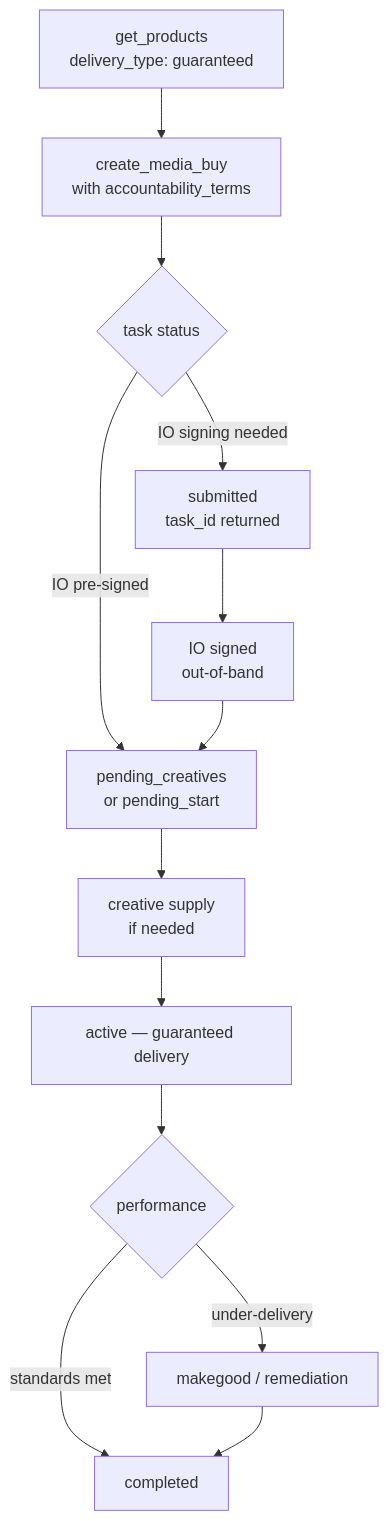
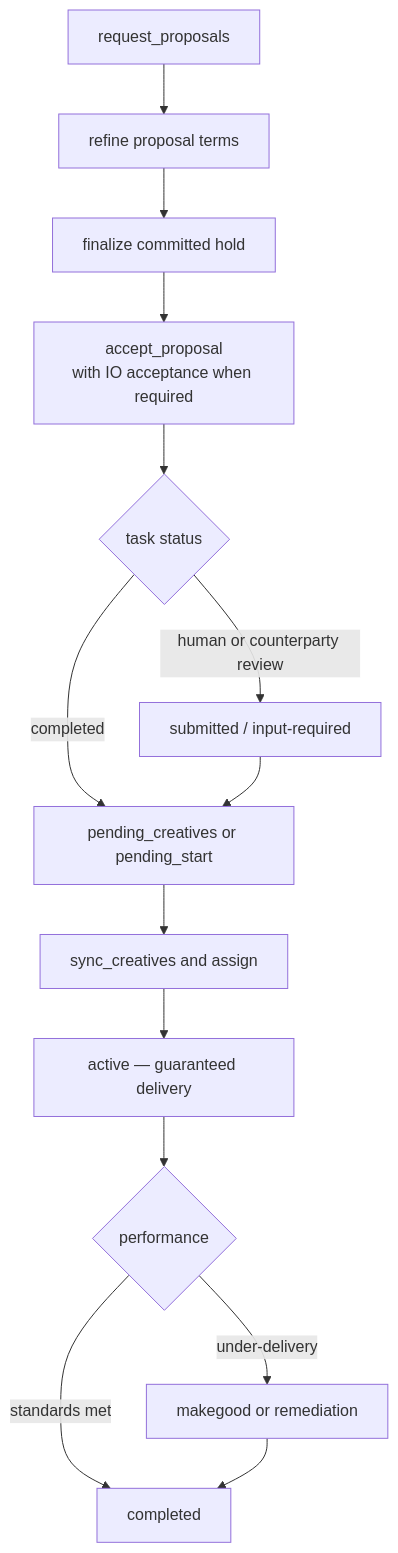
Before and after one commit to adcontextprotocol/adcp: the third of 3 diagrams in docs/media-buy/media-buys/lifecycle.mdx, drawn with Mermaid. The commit also changed other lines of this file and 10 other files, not shown here.

````diff
--- a/docs/media-buy/media-buys/lifecycle.mdx
+++ b/docs/media-buy/media-buys/lifecycle.mdx
@@ -108,15 +134,16 @@
 ```mermaid
 flowchart TD
-    A[get_products\ndelivery_type: guaranteed] --> B[create_media_buy\nwith accountability_terms]
-    B --> C{task status}
-    C -->|IO signing needed| D[submitted\ntask_id returned]
-    C -->|IO pre-signed| E[pending_creatives\nor pending_start]
-    D --> F[IO signed\nout-of-band]
-    F --> E
-    E --> G[creative supply\nif needed]
-    G --> H[active — guaranteed delivery]
-    H --> I{performance}
-    I -->|standards met| J[completed]
-    I -->|under-delivery| K[makegood / remediation]
-    K --> J
+    A[request_proposals] --> B[refine proposal terms]
+    B --> C[finalize committed hold]
+    C --> D[accept_proposal\nwith IO acceptance when required]
+    D --> E{task status}
+    E -->|human or counterparty review| F[submitted / input-required]
+    E -->|completed| G[pending_creatives or pending_start]
+    F --> G
+    G --> H[sync_creatives and assign]
+    H --> I[active — guaranteed delivery]
+    I --> J{performance}
+    J -->|standards met| K[completed]
+    J -->|under-delivery| L[makegood or remediation]
+    L --> K
 ```
````
